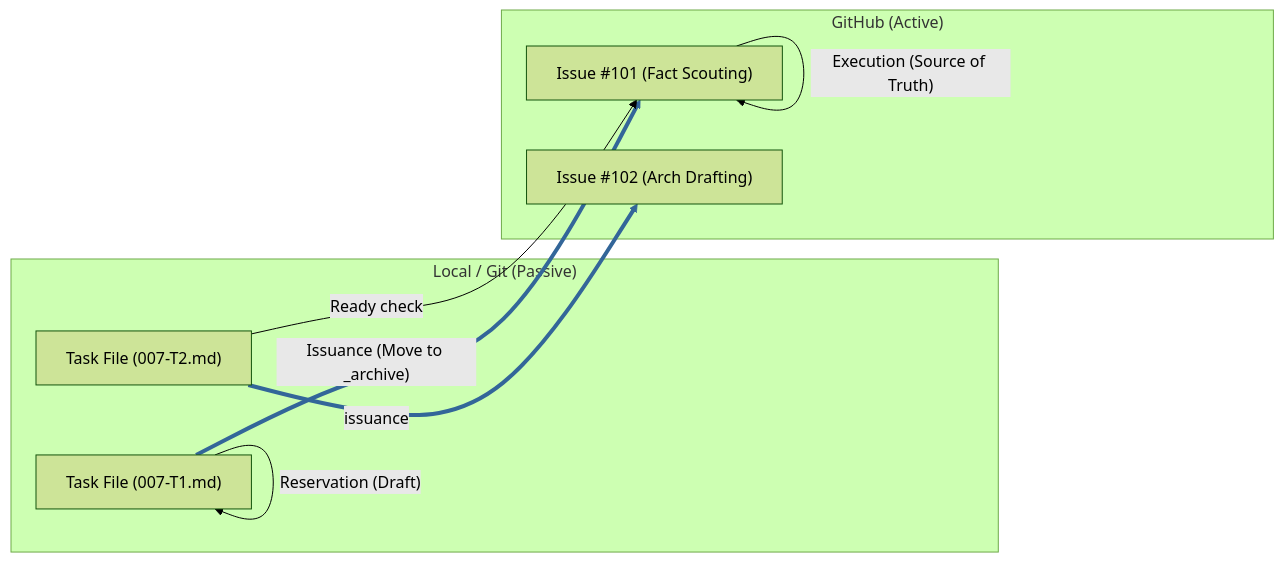
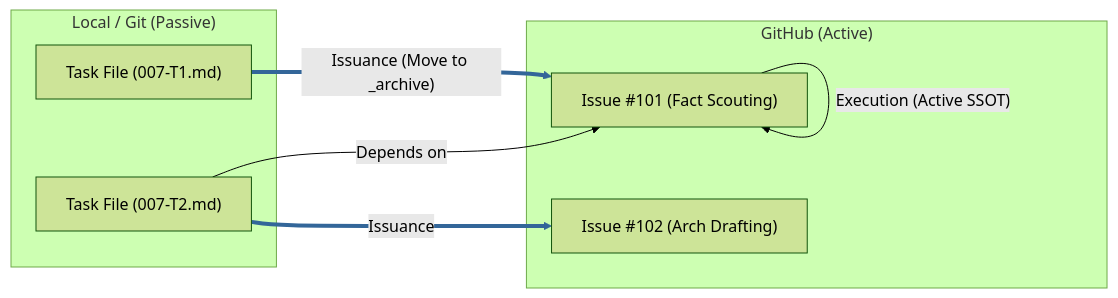
The third of 3 diagrams in docs/architecture/arch-structure-007-metadata.md (masa-codehub/issue_creator_kit), drawn with Mermaid (forest theme) before and after one commit. The commit also changed other lines of this file and 2 other files, not shown here.

Commit message:
docs(arch): address review comments for new architecture diagrams [007-T2]

````diff
--- a/docs/architecture/arch-structure-007-metadata.md
+++ b/docs/architecture/arch-structure-007-metadata.md
@@ -53,21 +101,39 @@
 ```mermaid
+
 graph LR
+
     subgraph Local ["Local / Git (Passive)"]
+
         F1["Task File (007-T1.md)"]
+
         F2["Task File (007-T2.md)"]
+
     end
 
+
+
     subgraph GitHub ["GitHub (Active)"]
+
         I1["Issue #101 (Fact Scouting)"]
+
         I2["Issue #102 (Arch Drafting)"]
+
     end
 
-    F1 -- "Reservation (Draft)" --> F1
+
+
     F1 -- "Issuance (Move to _archive)" --> I1
-    I1 -- "Execution (Source of Truth)" --> I1
+
+    I1 -- "Execution (Active SSOT)" --> I1
+
     
-    F2 -- "Ready check" --> I1
-    F2 -- "issuance" --> I2
+
+    F2 -- "Depends on" --> I1
+
+    F2 -- "Issuance" --> I2
+
     
-    linkStyle 1,4 stroke:#336699,stroke-width:4px;
+
+    linkStyle 0,3 stroke:#336699,stroke-width:4px;
+
 ```
````
